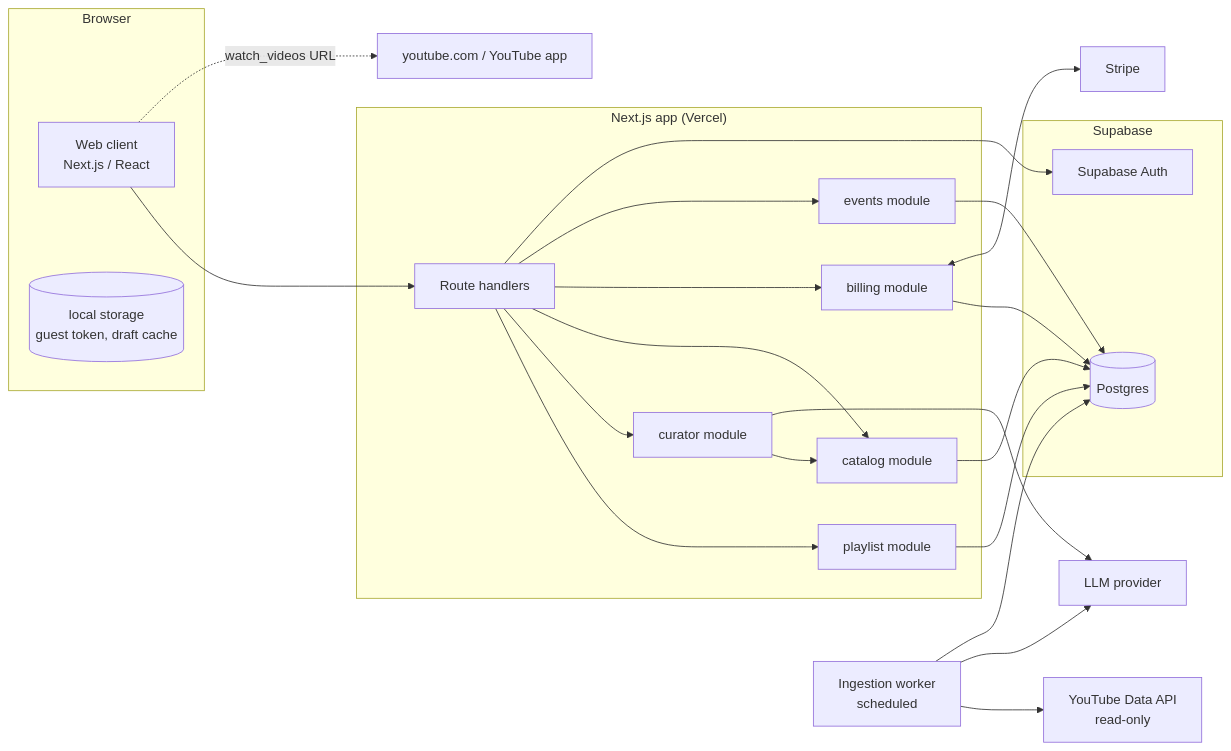
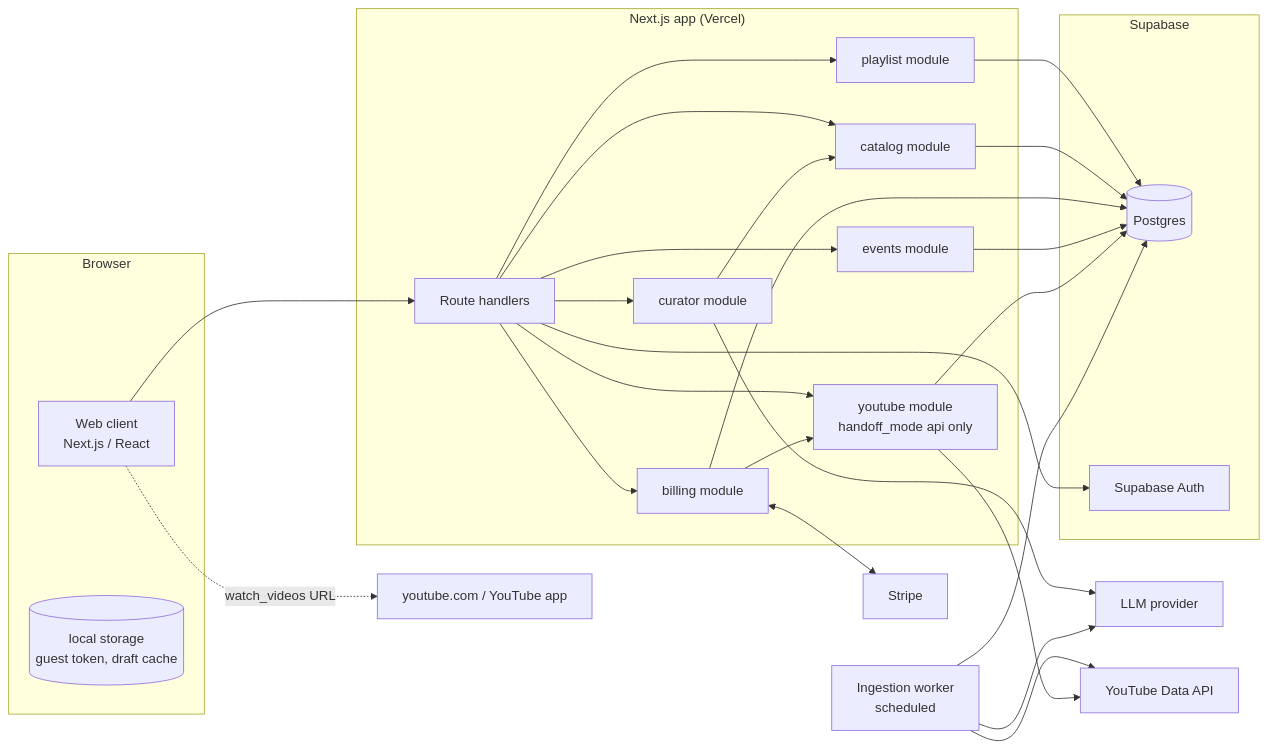
One commit to taylor-hickman/marquee-tv changed the first of 2 diagrams in docs/architecture/architecture.md. Above: the diagram before and after it, drawn with Mermaid. The commit also changed other lines of this file and 2 other files, not shown here.

Commit message:
Test that Delete my data revokes the YouTube grant and that Account's Disconnect hides the section, and list the youtube module in architecture 3 and 10, from the card review

````diff
--- a/docs/architecture/architecture.md
+++ b/docs/architecture/architecture.md
@@ -34,36 +34,40 @@
 ```mermaid
 flowchart LR
   subgraph Browser
     UI[Web client<br/>Next.js / React]
     LS[(local storage<br/>guest token, draft cache)]
   end
   subgraph Vercel["Next.js app (Vercel)"]
     API[Route handlers]
     PL[playlist module]
     CU[curator module]
     CA[catalog module]
     BI[billing module]
     EV[events module]
+    YM[youtube module<br/>handoff_mode api only]
   end
   subgraph Supabase
     DB[(Postgres)]
     AUTH[Supabase Auth]
   end
   W[Ingestion worker<br/>scheduled]
   LLM[LLM provider]
-  YT[YouTube Data API<br/>read-only]
+  YT[YouTube Data API]
   STRIPE[Stripe]
   YTW[youtube.com / YouTube app]
 
   UI --> API
   UI -. watch_videos URL .-> YTW
-  API --> PL & CU & CA & BI & EV
+  API --> PL & CU & CA & BI & EV & YM
   CU --> CA
   CU --> LLM
   PL & CA & BI & EV --> DB
   BI <--> STRIPE
   API --> AUTH
   W --> YT
+  YM --> YT
+  BI --> YM
+  YM --> DB
   W --> LLM
   W --> DB
 ```
````
